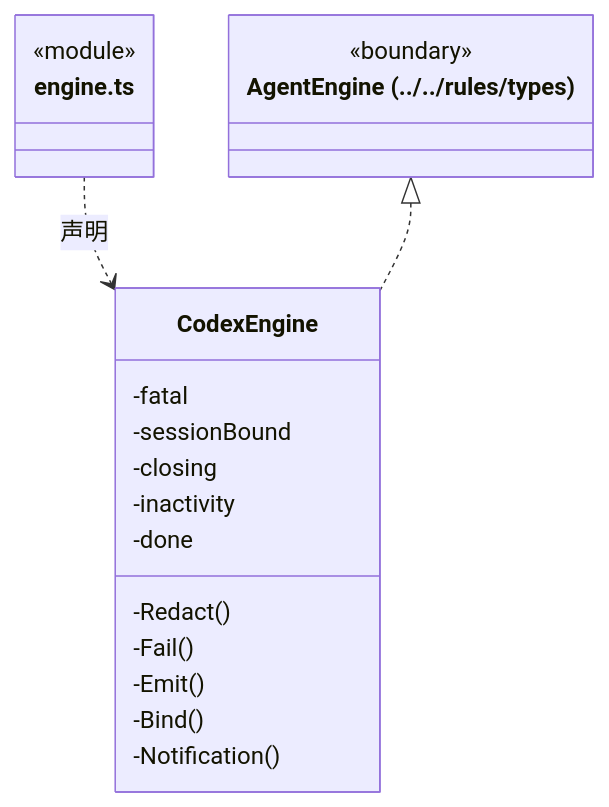
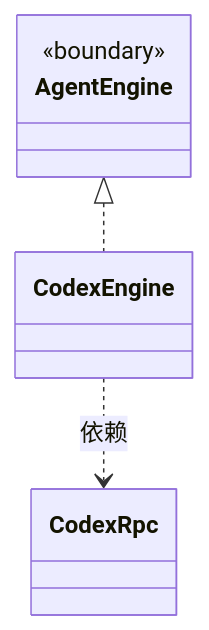
The diagram in src/logic/execution/engines/codex/ARCHITECTURE.md (nan023062/cbim), drawn with Mermaid before and after one commit. The commit also changed other lines of this file and 158 other files, not shown here.

Commit message:
docs: model architecture through nested virtual encapsulations

````diff
--- a/src/logic/execution/engines/codex/ARCHITECTURE.md
+++ b/src/logic/execution/engines/codex/ARCHITECTURE.md
@@ -221,23 +20,13 @@
 ```mermaid
 classDiagram
-class N_src_logic_execution_engines_codex_engine_ts["engine.ts"] {
-  <<module>>
-}
-class N_src_logic_execution_engines_codex_engine_ts_CodexEngine["CodexEngine"] {
-  -fatal
-  -sessionBound
-  -closing
-  -inactivity
-  -done
-  -Redact()
-  -Fail()
-  -Emit()
-  -Bind()
-  -Notification()
-}
-N_src_logic_execution_engines_codex_engine_ts ..> N_src_logic_execution_engines_codex_engine_ts_CodexEngine : 声明
-class N_src_logic_execution_engines_codex_engine_ts_external_AgentEngine["AgentEngine (../../rules/types)"] {
+class N_2b676b36a029["CodexEngine"]
+click N_2b676b36a029 href "engine.ts"
+class N_8b0be3d38a52["CodexRpc"]
+click N_8b0be3d38a52 href "rpc.ts"
+class N_649b8a6ac172["AgentEngine"] {
   <<boundary>>
 }
-N_src_logic_execution_engines_codex_engine_ts_external_AgentEngine <|.. N_src_logic_execution_engines_codex_engine_ts_CodexEngine
+click N_649b8a6ac172 href "../../rules/types.ts"
+N_2b676b36a029 ..> N_8b0be3d38a52 : 依赖
+N_649b8a6ac172 <|.. N_2b676b36a029
 ```
````
